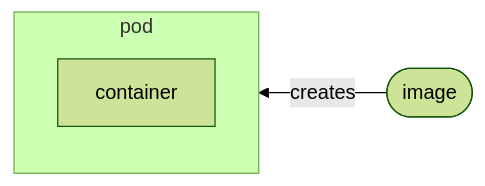
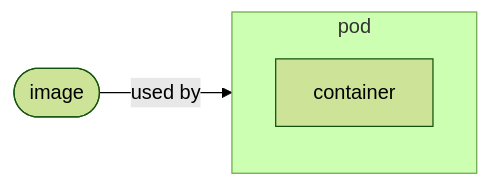
The first of 2 diagrams in notes/kubernetes.md (serverhorror/brain), drawn with Mermaid (forest theme) before and after one commit. The commit also changed other lines of this file, not shown here.

Commit message:
Jan 13, 2024, 3:05 PM

````diff
--- a/notes/kubernetes.md
+++ b/notes/kubernetes.md
@@ -11,8 +11,8 @@
 ```mermaid
-graph RL
-  image([image]) -->|creates|container
+graph LR
+  image([image]) --> |used by|container
   subgraph pod
     direction TB
     container
   end
 ```
````
